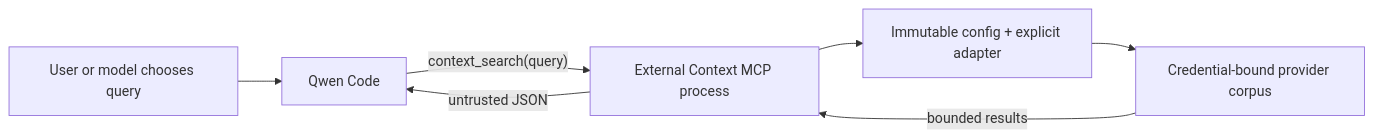
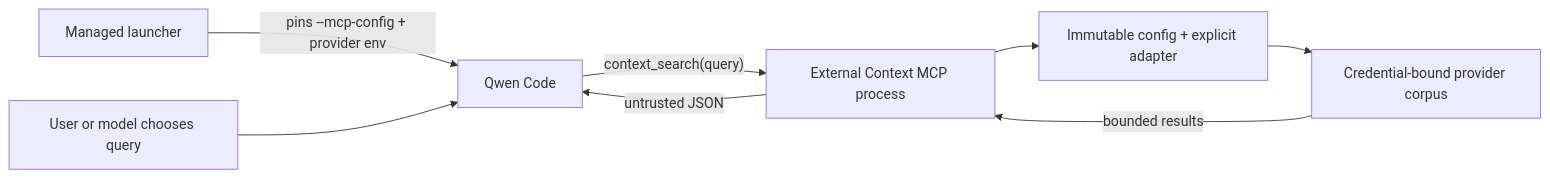
Before and after one commit to QwenLM/qwen-code: the second of 2 diagrams in docs/design/direct-external-context-provider.md, drawn with Mermaid. The commit also changed other lines of this file and 12 other files, not shown here.

````diff
--- a/docs/design/direct-external-context-provider.md
+++ b/docs/design/direct-external-context-provider.md
@@ -85,9 +87,10 @@
 ```mermaid
 flowchart LR
-    U["User or model chooses query"] --> Q["Qwen Code"]
+    A["Managed launcher"] -->|"pins --mcp-config + provider env"| Q["Qwen Code"]
+    U["User or model chooses query"] --> Q
     Q -->|"context_search(query)"| M["External Context MCP process"]
     M --> C["Immutable config + explicit adapter"]
     C --> P["Credential-bound provider corpus"]
     P -->|"bounded results"| M
     M -->|"untrusted JSON"| Q
 ```
````
